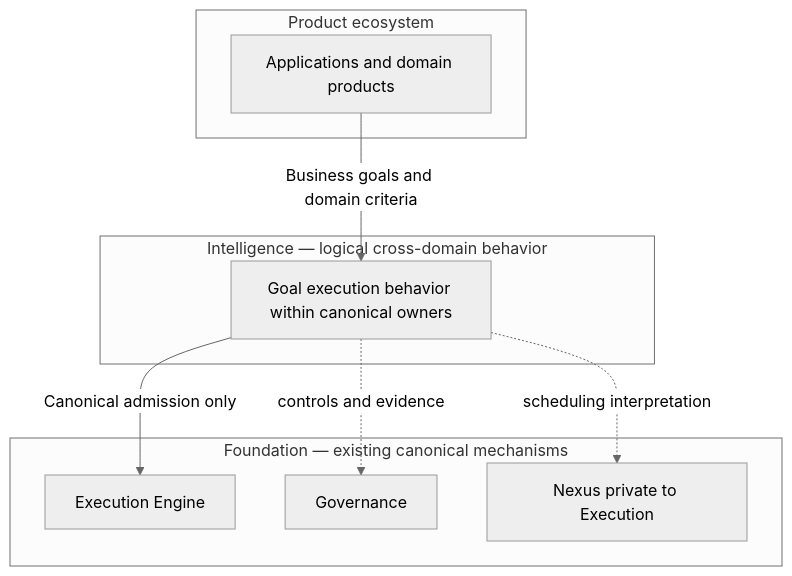
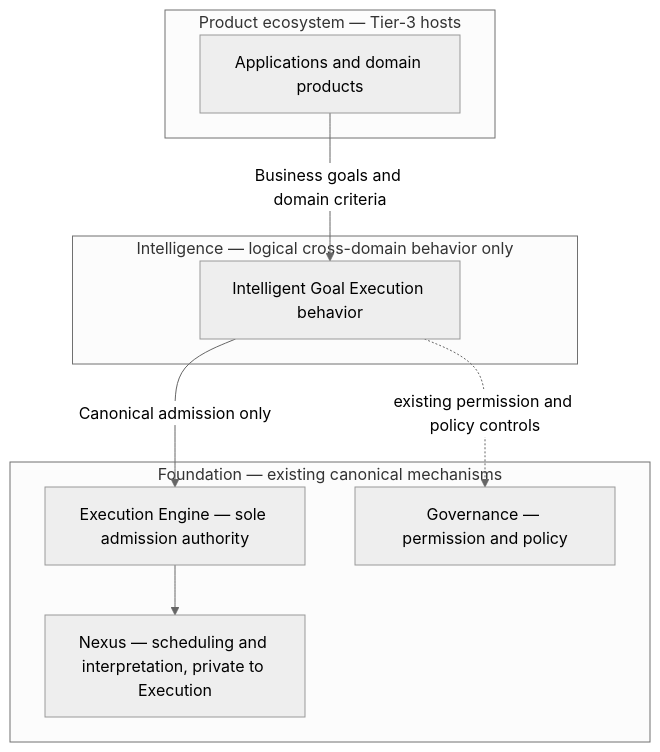
Before and after one commit to jakbuczarnecki/intergrax: the diagram in docs/project/maintainers/qualification/intelligence_x/w0/II-W0-01_LAYER_TIER_BOUNDARIES.md, drawn with Mermaid (neutral theme). The commit also changed other lines of this file and 6 other files, not shown here.

````diff
--- a/docs/project/maintainers/qualification/intelligence_x/w0/II-W0-01_LAYER_TIER_BOUNDARIES.md
+++ b/docs/project/maintainers/qualification/intelligence_x/w0/II-W0-01_LAYER_TIER_BOUNDARIES.md
@@ -24,18 +27,18 @@
 ```mermaid
 flowchart TB
-    subgraph L3[Product ecosystem]
+    subgraph L3[Product ecosystem — Tier-3 hosts]
         APP[Applications and domain products]
     end
-    subgraph L2[Intelligence — logical cross-domain behavior]
-        LOOP[Goal execution behavior within canonical owners]
+    subgraph L2[Intelligence — logical cross-domain behavior only]
+        LOOP[Intelligent Goal Execution behavior]
     end
     subgraph L1[Foundation — existing canonical mechanisms]
-        EE[Execution Engine]
-        GR[Governance]
-        NX[Nexus private to Execution]
+        EE[Execution Engine — sole admission authority]
+        NX[Nexus — scheduling and interpretation, private to Execution]
+        GR[Governance — permission and policy]
     end
     APP -->|Business goals and domain criteria| LOOP
     LOOP -->|Canonical admission only| EE
-    LOOP -. controls and evidence .-> GR
-    LOOP -. scheduling interpretation .-> NX
+    EE --> NX
+    LOOP -. existing permission and policy controls .-> GR
 ```
````
